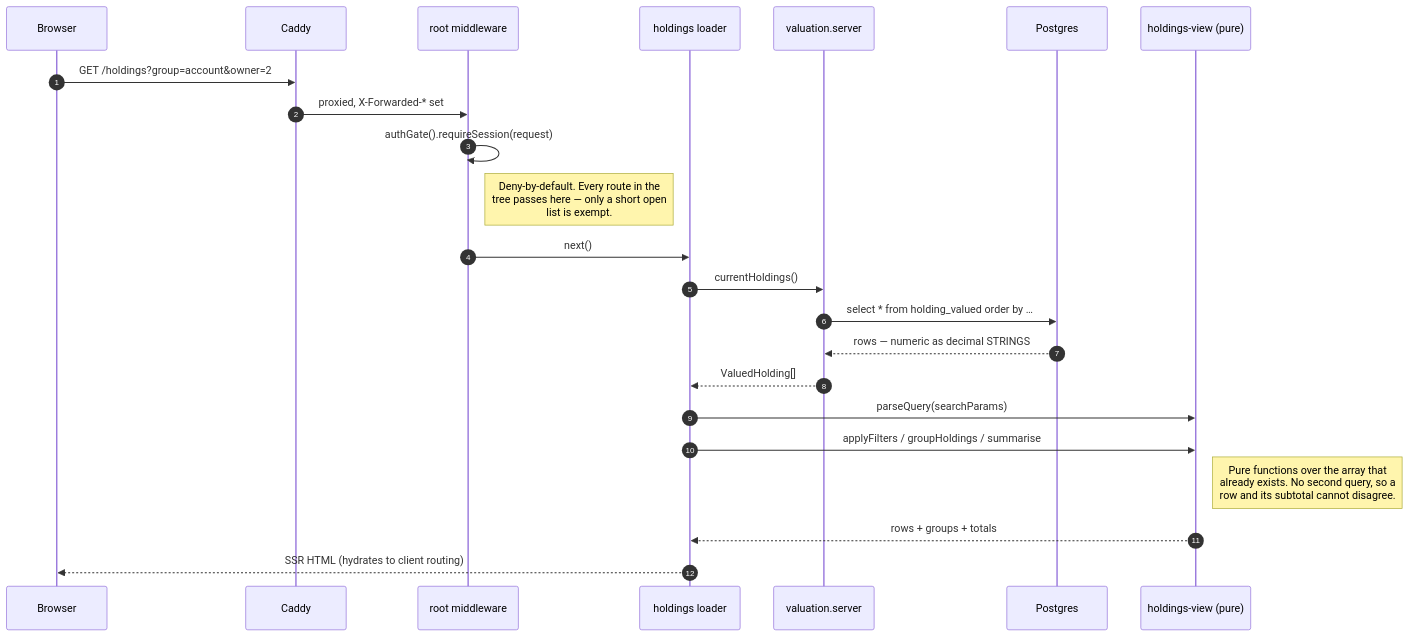
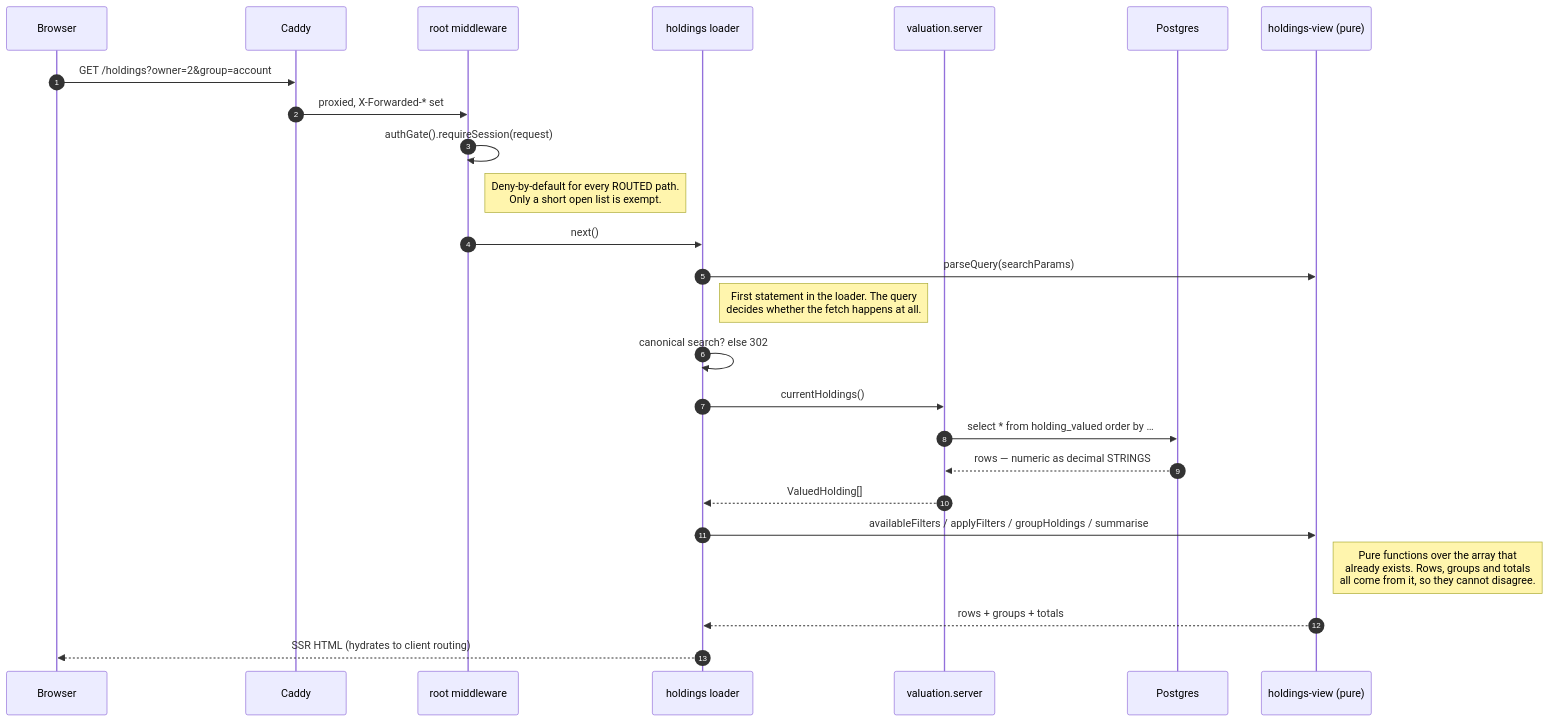
One commit to chethan123/portfolio changed the fourth of 10 diagrams in ARCHITECTURE.md. Above: the diagram before and after it, drawn with Mermaid. The commit also changed other lines of this file, not shown here.

````diff
--- a/ARCHITECTURE.md
+++ b/ARCHITECTURE.md
@@ -291,26 +328,28 @@
 ```mermaid
 sequenceDiagram
     autonumber
     participant B as Browser
     participant C as Caddy
     participant M as root middleware
     participant L as holdings loader
     participant V as valuation.server
     participant PG as Postgres
     participant H as holdings-view (pure)
 
-    B->>C: GET /holdings?group=account&owner=2
+    B->>C: GET /holdings?owner=2&group=account
     C->>M: proxied, X-Forwarded-* set
     M->>M: authGate().requireSession(request)
-    Note right of M: Deny-by-default. Every route in the<br/>tree passes here — only a short open<br/>list is exempt.
+    Note right of M: Deny-by-default for every ROUTED path.<br/>Only a short open list is exempt.
     M->>L: next()
+    L->>H: parseQuery(searchParams)
+    Note right of L: First statement in the loader. The query<br/>decides whether the fetch happens at all.
+    L->>L: canonical search? else 302
     L->>V: currentHoldings()
     V->>PG: select * from holding_valued order by …
     PG-->>V: rows — numeric as decimal STRINGS
     V-->>L: ValuedHolding[]
-    L->>H: parseQuery(searchParams)
-    L->>H: applyFilters / groupHoldings / summarise
-    Note right of H: Pure functions over the array that<br/>already exists. No second query, so a<br/>row and its subtotal cannot disagree.
+    L->>H: availableFilters / applyFilters / groupHoldings / summarise
+    Note right of H: Pure functions over the array that<br/>already exists. Rows, groups and totals<br/>all come from it, so they cannot disagree.
     H-->>L: rows + groups + totals
     L-->>B: SSR HTML (hydrates to client routing)
 ```
````
